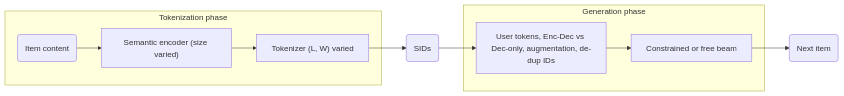
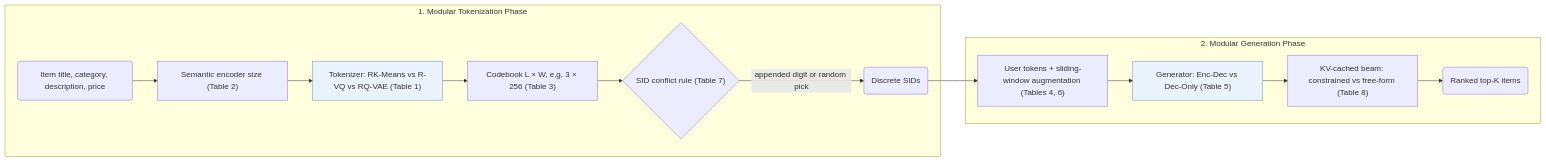
The diagram in notes/grid.md (Galaxy-ghost/Awesome-SID-Generative-Rec), drawn with Mermaid before and after one commit. The commit also changed other lines of this file and 649 other files, not shown here.

Commit message:
writer-05: also tags and modality index (schema, check, build, visuals); summary field removed; calibration data for 12 papers

````diff
--- a/notes/grid.md
+++ b/notes/grid.md
@@ -9,12 +14,17 @@
 ```mermaid
 flowchart LR
-    subgraph Tok["Tokenization phase"]
-        A("Item content") --> B["Semantic encoder (size varied)"]
-        B --> C["Tokenizer (L, W) varied"]
+    subgraph Tok["1. Modular Tokenization Phase"]
+        A("Item title, category, description, price") --> B["Semantic encoder size (Table 2)"]
+        B --> C["Tokenizer: RK-Means vs R-VQ vs RQ-VAE (Table 1)"]:::key
+        C --> D["Codebook L × W, e.g. 3 × 256 (Table 3)"]
+        D --> E{"SID conflict rule (Table 7)"}
+        E -->|appended digit or random pick| F("Discrete SIDs")
     end
-    subgraph Gen["Generation phase"]
-        D["User tokens, Enc-Dec vs Dec-only, augmentation, de-dup IDs"] --> E["Constrained or free beam"]
+    subgraph Gen["2. Modular Generation Phase"]
+        F --> G["User tokens + sliding-window augmentation (Tables 4, 6)"]
+        G --> H["Generator: Enc-Dec vs Dec-Only (Table 5)"]:::key
+        H --> I["KV-cached beam: constrained vs free-form (Table 8)"]
+        I --> J("Ranked top-K items")
     end
-    C --> F("SIDs") --> D
-    E --> G("Next item")
+    classDef key fill:#eaf2fb,stroke:#6b8fc7
 ```
````
